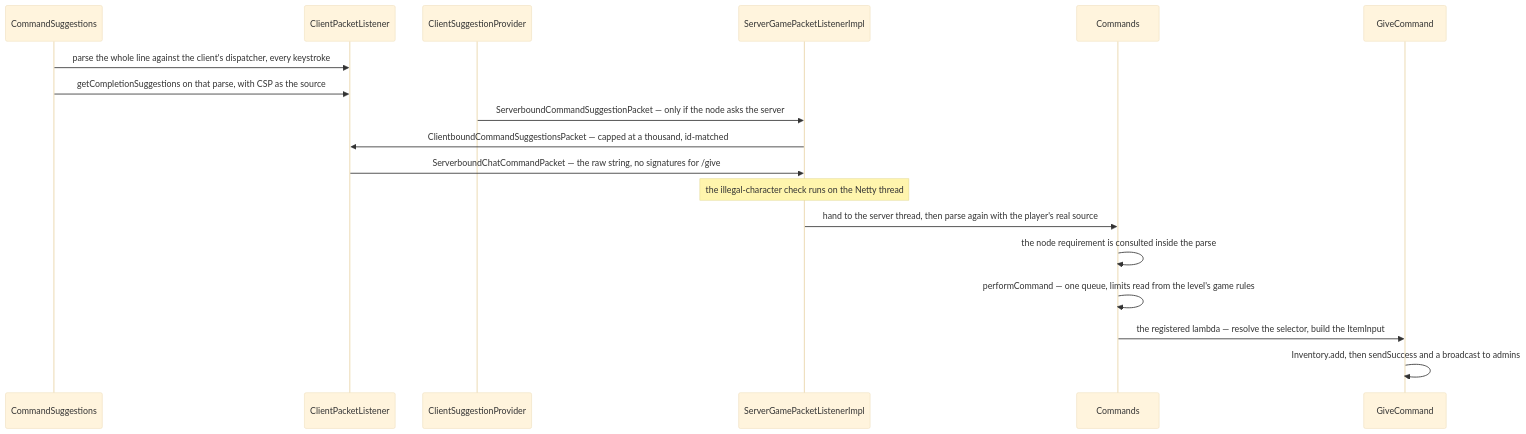
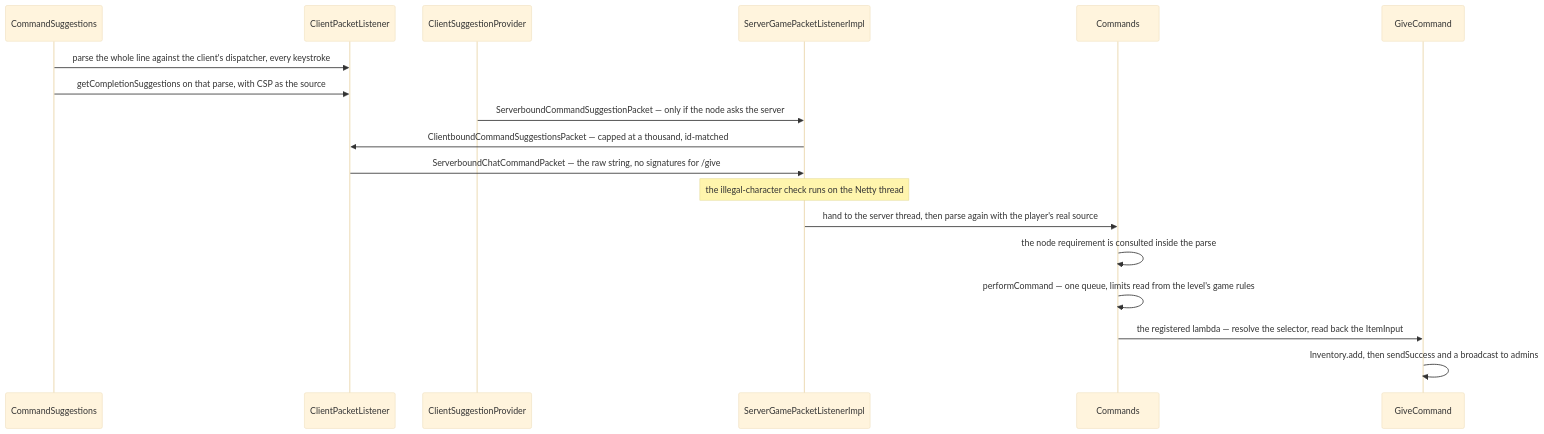
The diagram in src/systems/commands/brigadier-and-commands.md (AlexanderjFraser/MinecraftDocs), drawn with Mermaid (base theme) before and after one commit. The commit also changed other lines of this file and 1 other file, not shown here.

````diff
--- a/src/systems/commands/brigadier-and-commands.md
+++ b/src/systems/commands/brigadier-and-commands.md
@@ -40,21 +42,21 @@
 ```mermaid
 sequenceDiagram
     participant CSug as CommandSuggestions
     participant CPL as ClientPacketListener
     participant CSP as ClientSuggestionProvider
     participant SGPL as ServerGamePacketListenerImpl
     participant Cmds as Commands
     participant GC as GiveCommand
 
     CSug->>CPL: parse the whole line against the client's dispatcher, every keystroke
     CSug->>CPL: getCompletionSuggestions on that parse, with CSP as the source
     CSP->>SGPL: ServerboundCommandSuggestionPacket — only if the node asks the server
     SGPL->>CPL: ClientboundCommandSuggestionsPacket — capped at a thousand, id-matched
     CPL->>SGPL: ServerboundChatCommandPacket — the raw string, no signatures for /give
     Note over SGPL: the illegal-character check runs on the Netty thread
     SGPL->>Cmds: hand to the server thread, then parse again with the player's real source
     Cmds->>Cmds: the node requirement is consulted inside the parse
     Cmds->>Cmds: performCommand — one queue, limits read from the level's game rules
-    Cmds->>GC: the registered lambda — resolve the selector, build the ItemInput
+    Cmds->>GC: the registered lambda — resolve the selector, read back the ItemInput
     GC->>GC: Inventory.add, then sendSuccess and a broadcast to admins
 ```
````
